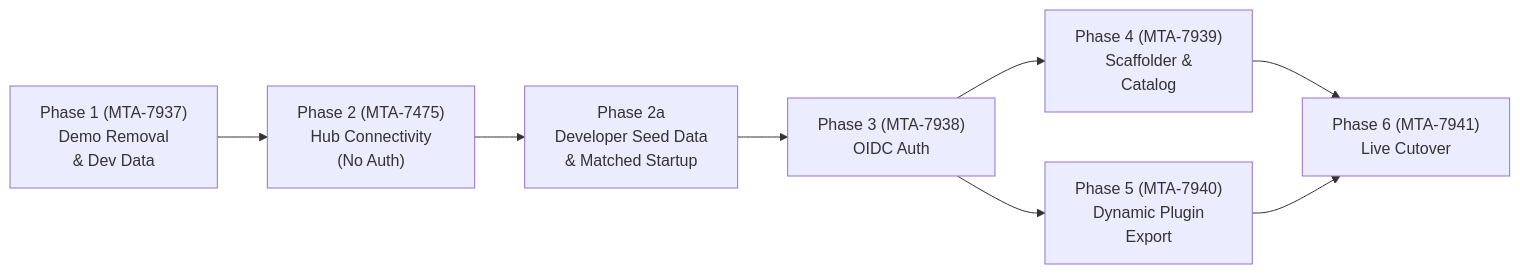
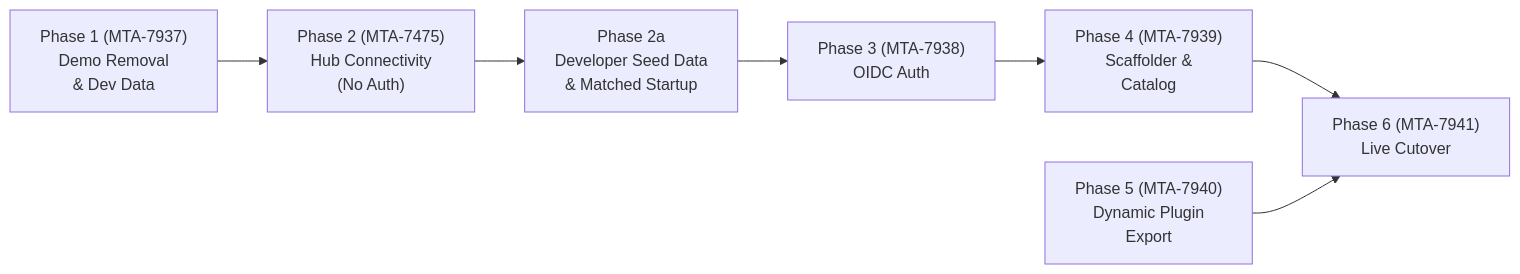
One commit to sjd78/konveyor-backstage changed the fourth of 4 diagrams in implementation plan 2026-09-01.md. Above: the diagram before and after it, drawn with Mermaid. The commit also changed other lines of this file and 8 other files, not shown here.

````diff
--- a/implementation plan 2026-09-01.md
+++ b/implementation plan 2026-09-01.md
@@ -1003,18 +962,17 @@
 ```mermaid
 graph LR
     P1["Phase 1 (MTA-7937)<br/>Demo Removal<br/>& Dev Data"]
     P2["Phase 2 (MTA-7475)<br/>Hub Connectivity<br/>(No Auth)"]
     P2a["Phase 2a<br/>Developer Seed Data<br/>& Matched Startup"]
     P3["Phase 3 (MTA-7938)<br/>OIDC Auth"]
     P4["Phase 4 (MTA-7939)<br/>Scaffolder &<br/>Catalog"]
     P5["Phase 5 (MTA-7940)<br/>Dynamic Plugin<br/>Export"]
     P6["Phase 6 (MTA-7941)<br/>Live Cutover"]
 
     P1 --> P2
     P2 --> P2a
     P2a --> P3
     P3 --> P4
-    P3 --> P5
     P4 --> P6
     P5 --> P6
 ```
````
